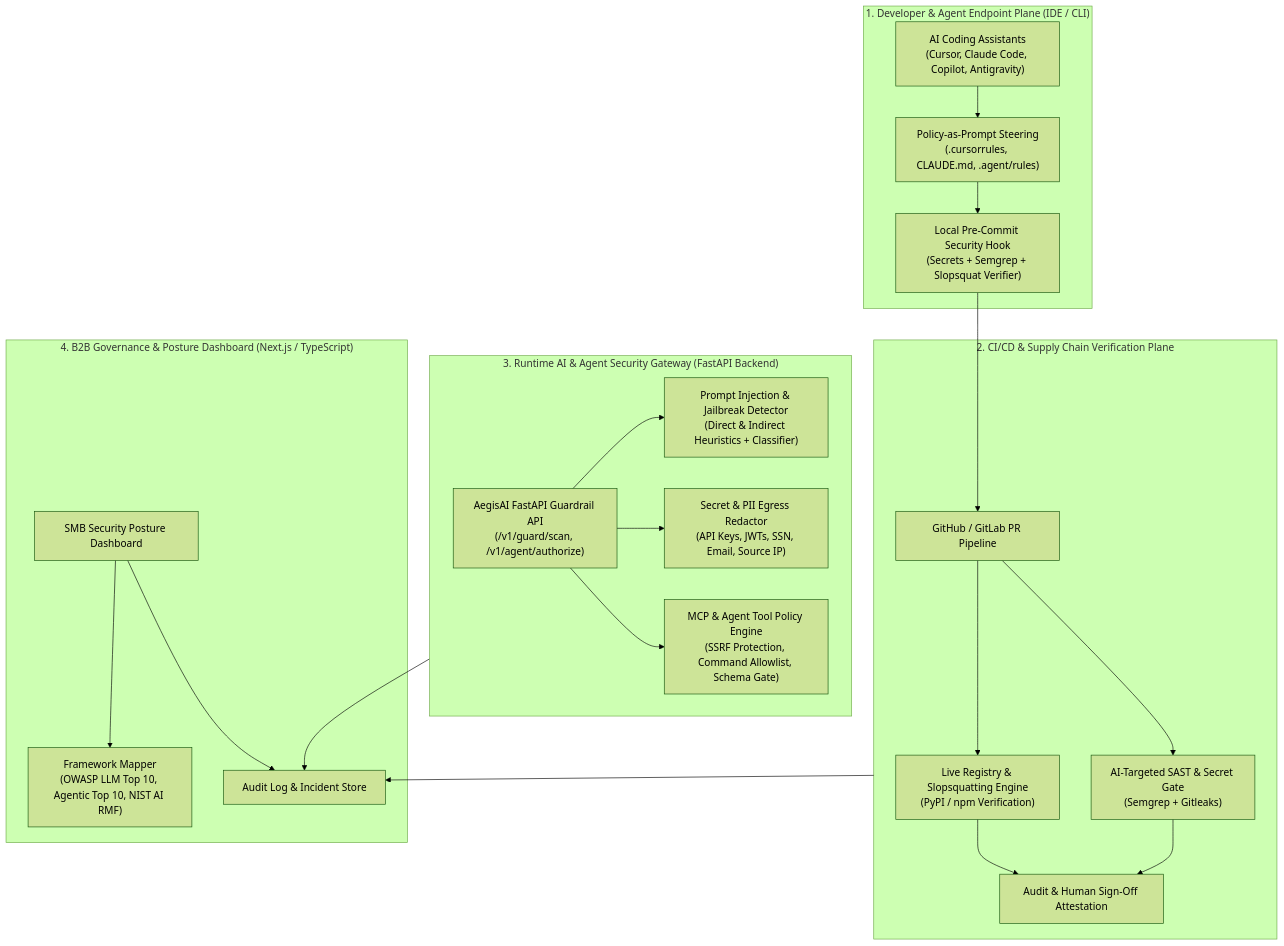
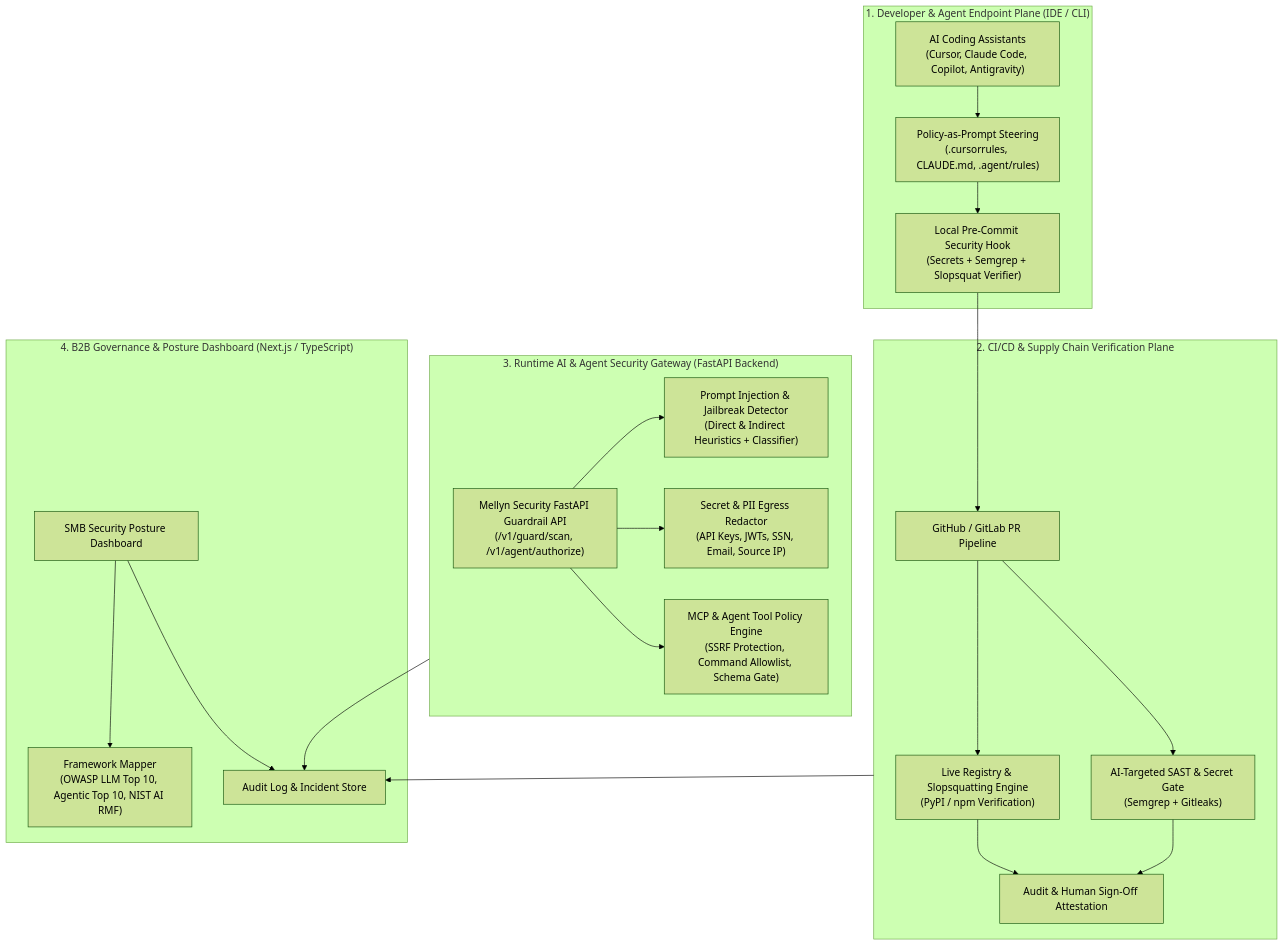
Before and after one commit to OramramLLC/mellyn_security: the diagram in docs/ARCHITECTURE.md, drawn with Mermaid (forest theme). The commit also changed other lines of this file and 5 other files, not shown here.

First line of the commit message:
Rename product from AegisAI to Mellyn Security

````diff
--- a/docs/ARCHITECTURE.md
+++ b/docs/ARCHITECTURE.md
@@ -9,36 +9,36 @@
 ```mermaid
 flowchart TB
     subgraph DevPlane["1. Developer & Agent Endpoint Plane (IDE / CLI)"]
         IDE["AI Coding Assistants<br/>(Cursor, Claude Code, Copilot, Antigravity)"]
         Rules["Policy-as-Prompt Steering<br/>(.cursorrules, CLAUDE.md, .agent/rules)"]
         PreCommit["Local Pre-Commit Security Hook<br/>(Secrets + Semgrep + Slopsquat Verifier)"]
         IDE --> Rules --> PreCommit
     end
 
     subgraph CICDPlane["2. CI/CD & Supply Chain Verification Plane"]
         GH["GitHub / GitLab PR Pipeline"]
         DepCheck["Live Registry & Slopsquatting Engine<br/>(PyPI / npm Verification)"]
         SAST["AI-Targeted SAST & Secret Gate<br/>(Semgrep + Gitleaks)"]
         Provenance["Audit & Human Sign-Off Attestation"]
         GH --> DepCheck & SAST --> Provenance
     end
 
     subgraph RuntimePlane["3. Runtime AI & Agent Security Gateway (FastAPI Backend)"]
-        Proxy["AegisAI FastAPI Guardrail API<br/>(/v1/guard/scan, /v1/agent/authorize)"]
+        Proxy["Mellyn Security FastAPI Guardrail API<br/>(/v1/guard/scan, /v1/agent/authorize)"]
         PI["Prompt Injection & Jailbreak Detector<br/>(Direct & Indirect Heuristics + Classifier)"]
         DLP["Secret & PII Egress Redactor<br/>(API Keys, JWTs, SSN, Email, Source IP)"]
         ToolGuard["MCP & Agent Tool Policy Engine<br/>(SSRF Protection, Command Allowlist, Schema Gate)"]
         Proxy --> PI & DLP & ToolGuard
     end
 
     subgraph ControlPlane["4. B2B Governance & Posture Dashboard (Next.js / TypeScript)"]
         UI["SMB Security Posture Dashboard"]
         Compliance["Framework Mapper<br/>(OWASP LLM Top 10, Agentic Top 10, NIST AI RMF)"]
         Telemetry["Audit Log & Incident Store"]
         UI --> Compliance & Telemetry
     end
 
     PreCommit --> GH
     RuntimePlane --> Telemetry
     CICDPlane --> Telemetry
 ```
````
